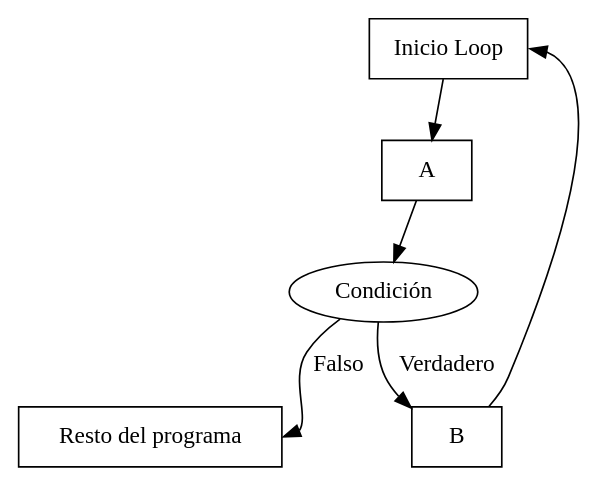
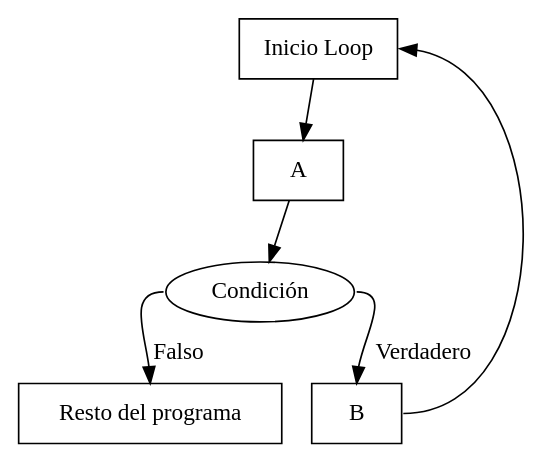
The diagram in loop-n-y-medio.dot (ralsina/python-no-muerde), drawn with Graphviz before and after one commit. The commit also changed 2 other files, not shown here.

Commit message:
Mejora de un diagrama

```diff
--- a/loop-n-y-medio.dot
+++ b/loop-n-y-medio.dot
@@ -1,9 +1,10 @@
 digraph G {
   {node[shape=box, rank=min] "Inicio Loop"}
-  {node[shape=box] A B}
+  {node[shape=box] A }
+  {node[shape=box] B}
   {node[shape=box] "Resto del programa"}
   "Inicio Loop" -> A -> Condición
-  B -> "Inicio Loop":e
-  Condición -> "Resto del programa":e [label=Falso]
-  Condición -> B [label=Verdadero]
+  B:e -> "Inicio Loop":e
+  Condición:e -> B:n [label=Verdadero,labelfloat=True]
+  Condición:w -> "Resto del programa":n [label=Falso,labelfloat=True]
 }
```
